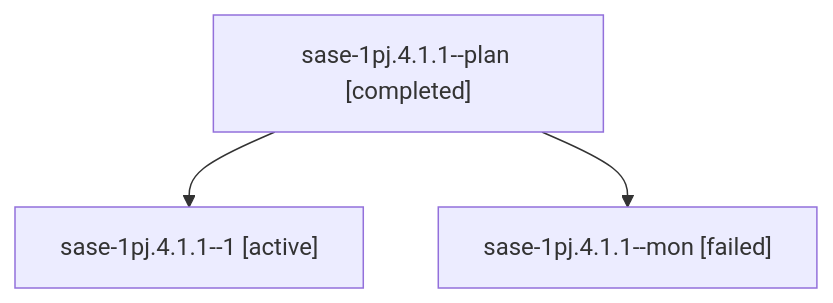
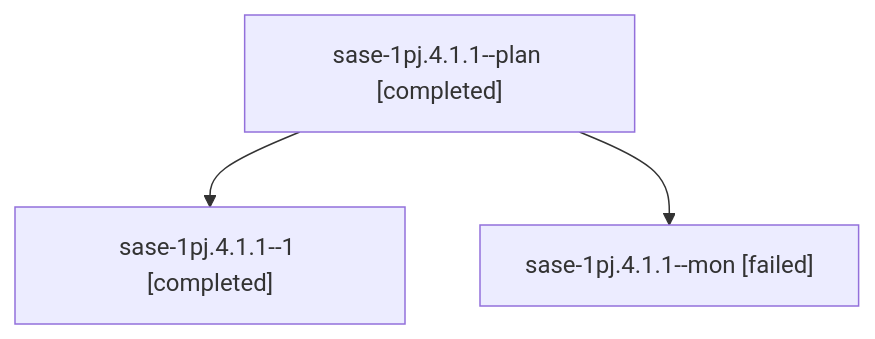
The diagram in sessions/bbugyi200.athena.sase-1pj.4.1.1.md (sase-org/sase--agents), drawn with Mermaid before and after one commit. The commit also changed other lines of this file and 146 other files, not shown here.

````diff
--- a/sessions/bbugyi200.athena.sase-1pj.4.1.1.md
+++ b/sessions/bbugyi200.athena.sase-1pj.4.1.1.md
@@ -9,8 +9,8 @@
 ```mermaid
 flowchart TD
   n0["sase-1pj.4.1.1--plan [completed]"]
-  n1["sase-1pj.4.1.1--1 [active]"]
+  n1["sase-1pj.4.1.1--1 [completed]"]
   n0 --> n1
   n2["sase-1pj.4.1.1--mon [failed]"]
   n0 --> n2
 ```
````
